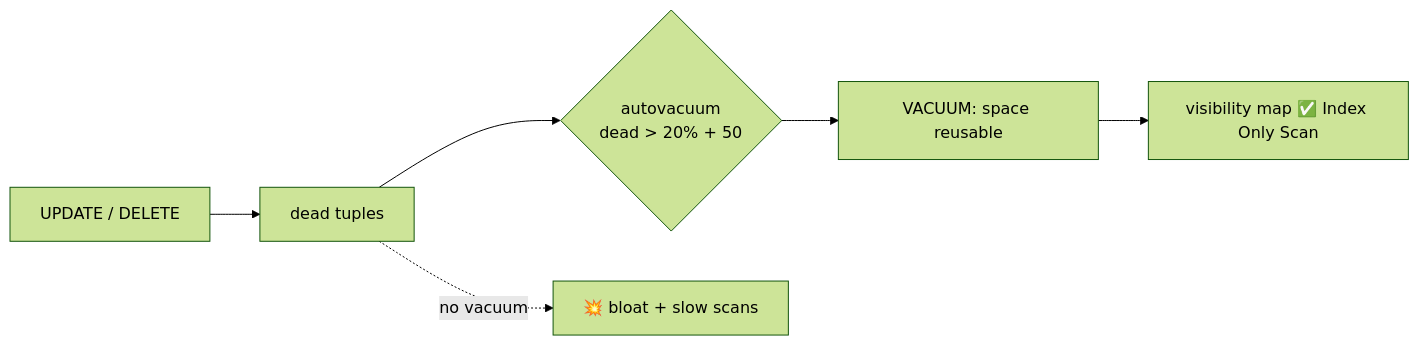
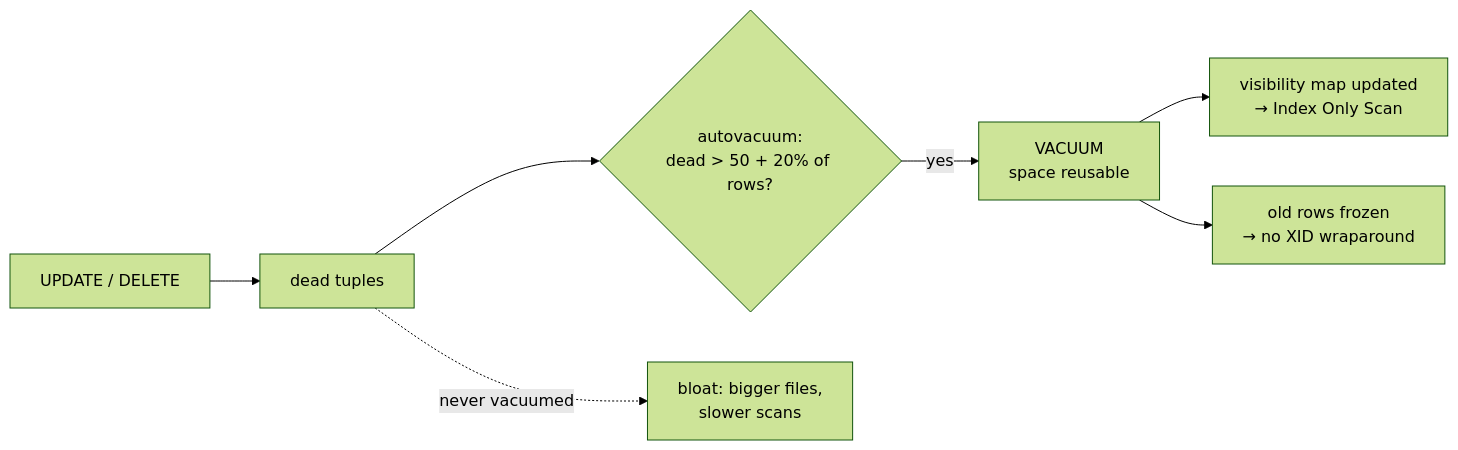
One commit to wesamkhateeb98-creator/postgresql-zero-to-hero changed the first of 2 diagrams in Doc/07-internals/03-vacuum.md. Above: the diagram before and after it, drawn with Mermaid (forest theme). The commit also changed other lines of this file and 29 other files, not shown here.

````diff
--- a/Doc/07-internals/03-vacuum.md
+++ b/Doc/07-internals/03-vacuum.md
@@ -5,7 +9,8 @@
 ```mermaid
 flowchart LR
-    U["UPDATE / DELETE"] --> D["dead tuples"] --> AV{"autovacuum<br/>dead > 20% + 50"}
-    AV --> V["VACUUM: space reusable"]
-    V --> VM["visibility map ✅ Index Only Scan"]
-    D -.->|"no vacuum"| B["💥 bloat + slow scans"]
+    U["UPDATE / DELETE"] --> D["dead tuples"] --> AV{"autovacuum:<br/>dead > 50 + 20% of rows?"}
+    AV -->|"yes"| V["VACUUM<br/>space reusable"]
+    V --> VM["visibility map updated<br/>→ Index Only Scan"]
+    V --> FR["old rows frozen<br/>→ no XID wraparound"]
+    D -.->|"never vacuumed"| B["bloat: bigger files,<br/>slower scans"]
 ```
````
